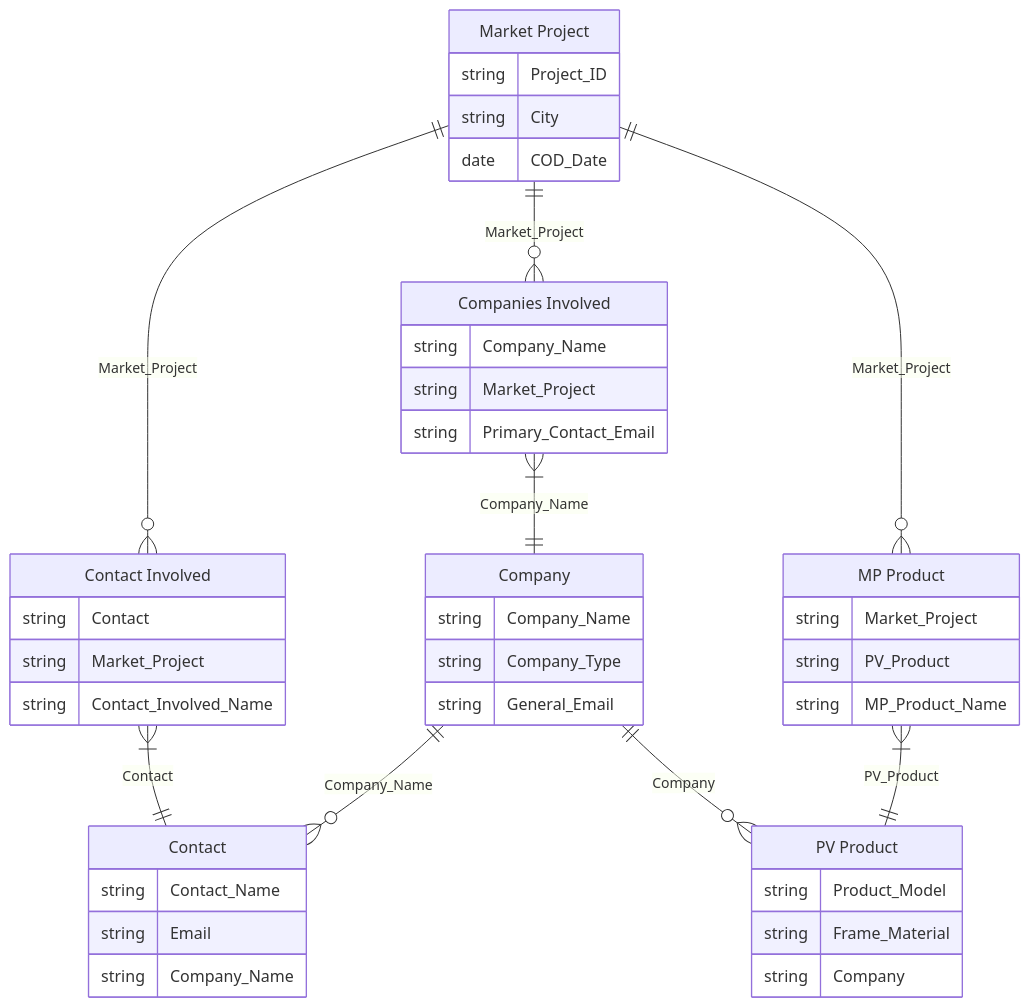
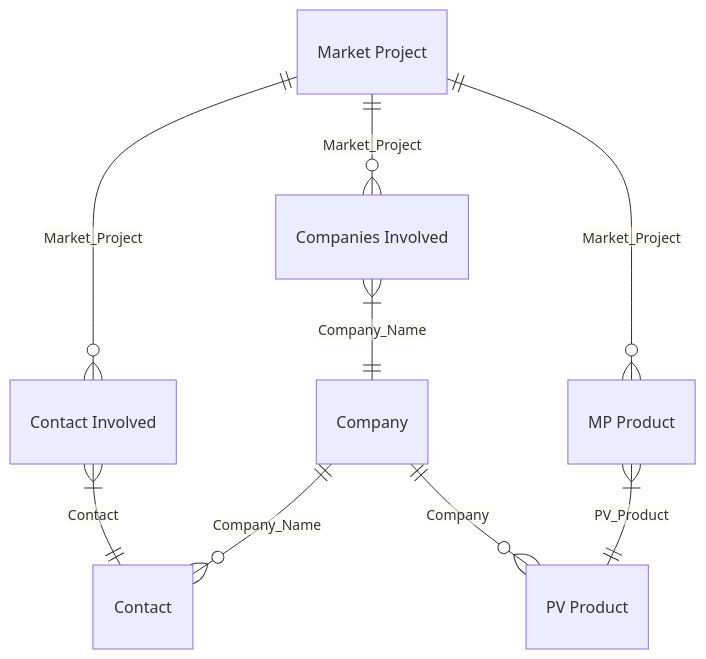
Before and after one commit to zhangziru-33/iodraw-files: the diagram in all/Norden数据E-R图(7个对象，+contact).md, drawn with Mermaid.

Commit message:
2025-12-04 16:24:35 update

````diff
--- a/all/Norden数据E-R图(7个对象，+contact).md
+++ b/all/Norden数据E-R图(7个对象，+contact).md
@@ -1,69 +1,30 @@
 ```mermaid
 erDiagram
 
 
-    %% -- 中间关联层最后声明，放在右侧/底部
-    "Market Project" {
-        string Project_ID
-        string City
-        date COD_Date
-    }
-
-    "Companies Involved" {
-        string Company_Name
-        string Market_Project
-        string Primary_Contact_Email
-    }
-    "Contact Involved" {
-        string Contact
-        string Market_Project
-        string Contact_Involved_Name
-    }
-    "MP Product" {
-        string Market_Project
-        string PV_Product
-        string MP_Product_Name
-    }
-    %% -- 核心主实体优先声明，放在左侧/顶部
-    Company {
-        string Company_Name
-        string Company_Type
-        string General_Email
-    }
-   
-    %% -- 关联实体次之，围绕主实体排布
-    Contact {
-        string Contact_Name
-        string Email
-        string Company_Name
-    }
-    "PV Product" {
-        string Product_Model
-        string Frame_Material
-        string Company
-    }
+    
 
     
     %% Company ||--o{ "PV Product" : "1对多（通过Company字段关联）"
     
     %% "Market Project" ||--o{ "Contact Involved" : "1对多（通过Market Project字段关联）"
     %% "Contact Involved" }|--|| "Contact" : "1对多\n（通过Contact字段关联）"
     %% %% Contact ||--o{ "Conatct Involved" : "1对多（通过Conatct字段关联）"
     %% Company ||--o{ "Contact" : "1对多（通过Company Name关联）"
     %% %% Company ||--o{ "Companies Involved" : "1对多（通过Company Name关联）"
     %% "Companies Involved" }|--|| "Company" : "多对一（通过Contact字段关联）"
     %% "Market Project" ||--o{ "Companies Involved" : "1对多（通过Master Project字段关联）"
     
 
     %% "Market Project" ||--o{ "MP Product" : "1对多（通过Market Project字段关联）"
     %% "MP Product" }|--|| "PV Product" : "1对多（通过PV Product字段关联）"
     
     Company ||--o{ "PV Product" : "Company"
     "Market Project" ||--o{ "Contact Involved" : "Market_Project"
     "Contact Involved" }|--|| "Contact" : "Contact"
     Company ||--o{ "Contact" : "Company_Name" 
     "Companies Involved" }|--|| "Company" : "Company_Name"
     "Market Project" ||--o{ "Companies Involved" : "Market_Project"
     "Market Project" ||--o{ "MP Product" : "Market_Project"
     "MP Product" }|--|| "PV Product" : "PV_Product"
 ```
````
